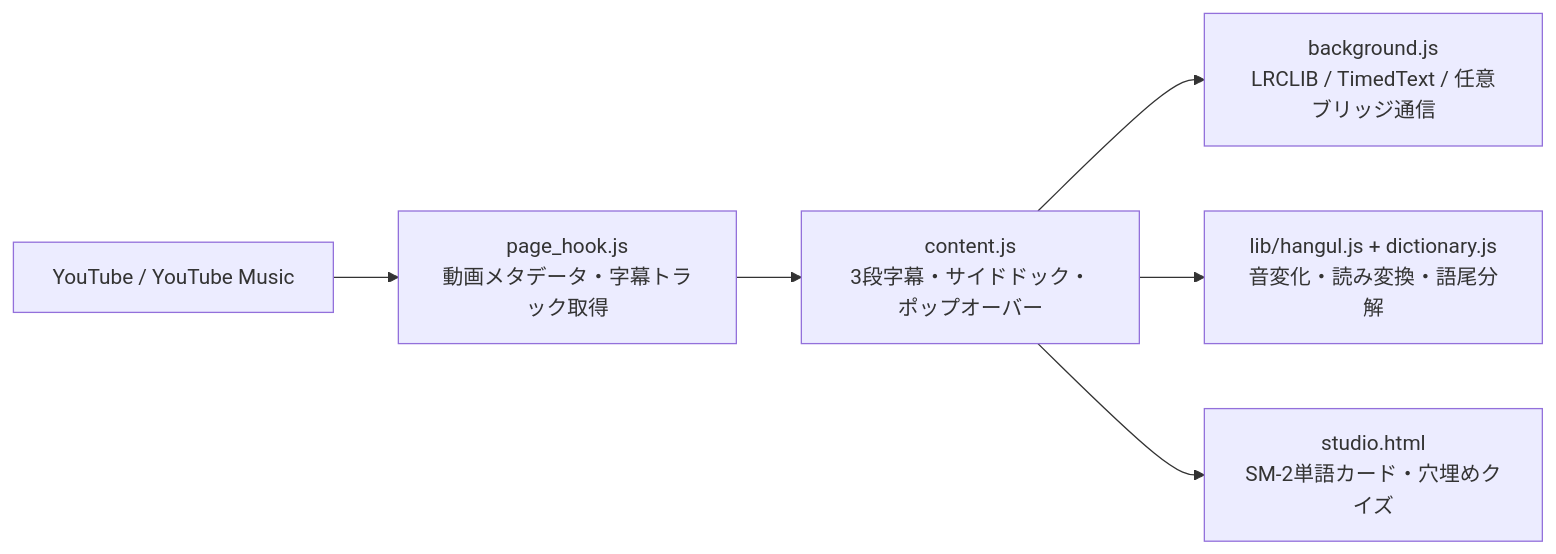
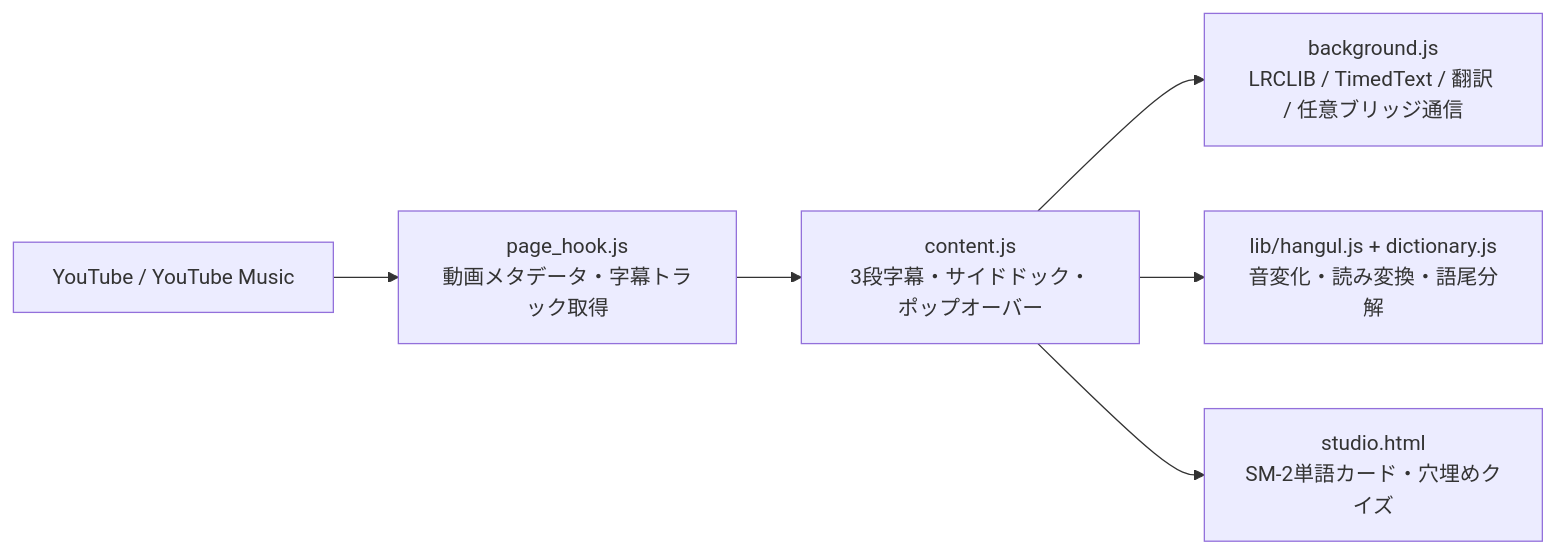
One commit to sp9r/k-lyric-studio changed the diagram in README.md. Above: the diagram before and after it, drawn with Mermaid. The commit also changed other lines of this file and 6 other files, not shown here.

````diff
--- a/README.md
+++ b/README.md
@@ -28,8 +34,8 @@
 ```mermaid
 flowchart LR
     YT["YouTube / YouTube Music"] --> PH["page_hook.js<br/>動画メタデータ・字幕トラック取得"]
     PH --> CS["content.js<br/>3段字幕・サイドドック・ポップオーバー"]
-    CS --> BG["background.js<br/>LRCLIB / TimedText / 任意ブリッジ通信"]
+    CS --> BG["background.js<br/>LRCLIB / TimedText / 翻訳 / 任意ブリッジ通信"]
     CS --> ENG["lib/hangul.js + dictionary.js<br/>音変化・読み変換・語尾分解"]
     CS --> ST["studio.html<br/>SM-2単語カード・穴埋めクイズ"]
 ```
````
